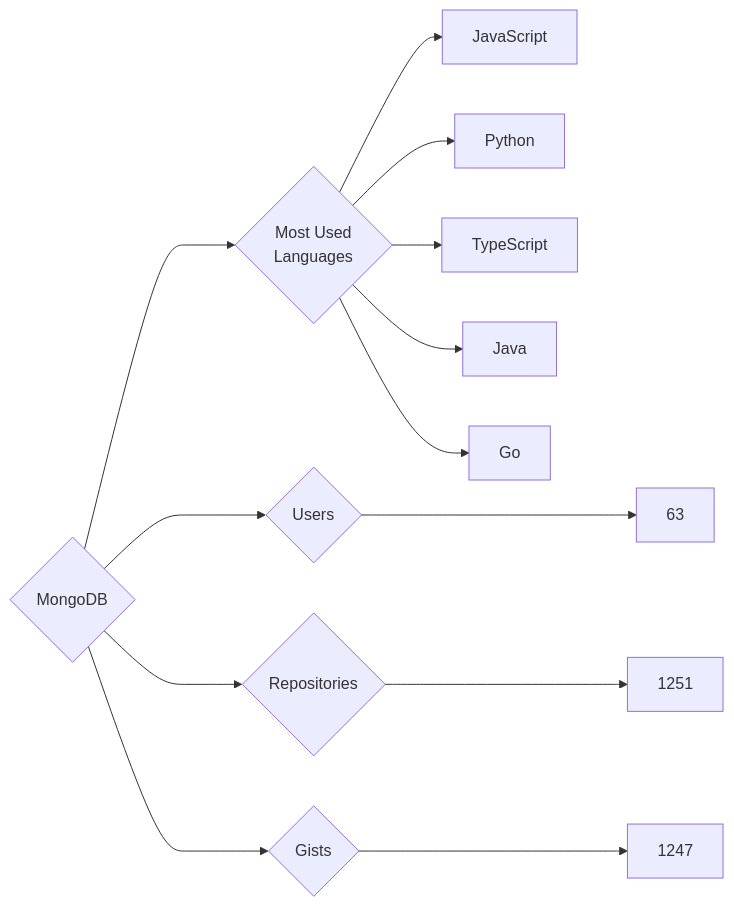
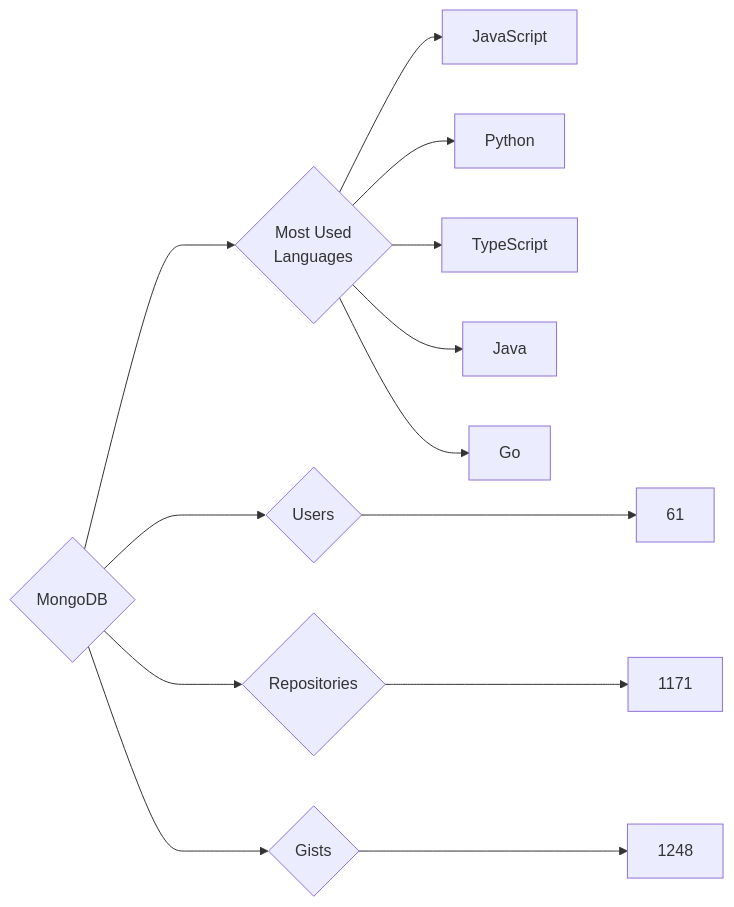
The diagram in targets/MongoDB/README.md (trickest/insiders), drawn with Mermaid before and after one commit. The commit also changed 1479 other files, not shown here.

````diff
--- a/targets/MongoDB/README.md
+++ b/targets/MongoDB/README.md
@@ -3,13 +3,13 @@
 ```mermaid
 graph LR
 COMPANY_NAME{MongoDB}
-COMPANY_NAME ---> U{Users} ---> UN[63]
-COMPANY_NAME ---> R{Repositories} ---> RN[1251]
-COMPANY_NAME ---> G{Gists} ---> GN[1247]
+COMPANY_NAME ---> U{Users} ---> UN[61]
+COMPANY_NAME ---> R{Repositories} ---> RN[1171]
+COMPANY_NAME ---> G{Gists} ---> GN[1248]
 COMPANY_NAME ---> ML{Most Used<br>Languages}
 ML --> JavaScript[JavaScript]
 ML --> Python[Python]
 ML --> TypeScript[TypeScript]
 ML --> Java[Java]
 ML --> Go[Go]
 ```
````
